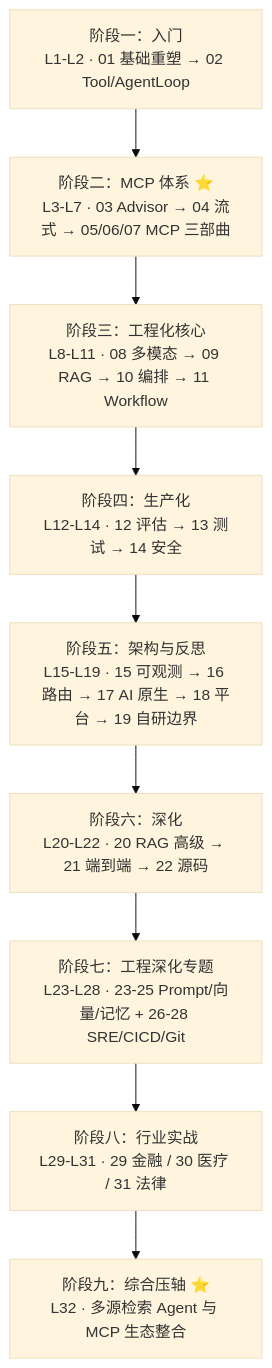
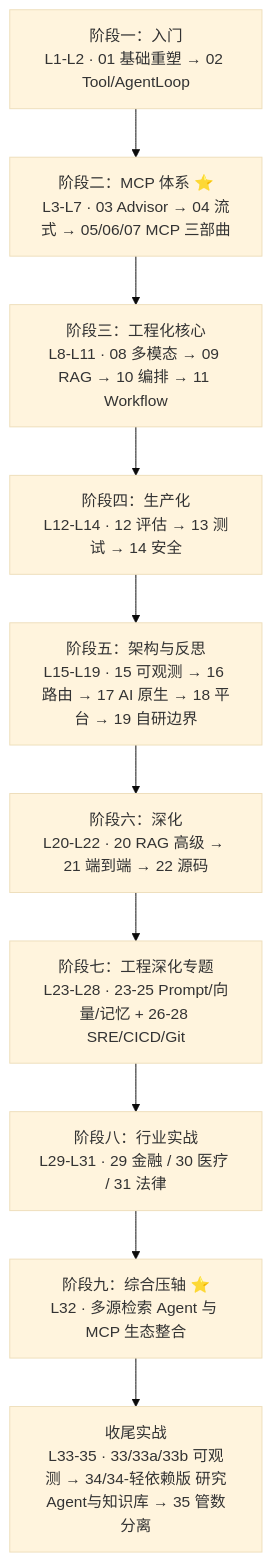
Before and after one commit to UranusGit/java-agent-learn: the first of 5 diagrams in docs/教程/00-目录索引.md, drawn with Mermaid (base theme). The commit also changed other lines of this file and 19 other files, not shown here.

````diff
--- a/docs/教程/00-目录索引.md
+++ b/docs/教程/00-目录索引.md
@@ -35,13 +35,14 @@
 ```mermaid
 flowchart TD
     S1["阶段一：入门<br/>L1-L2 · 01 基础重塑 → 02 Tool/AgentLoop"]
     S2["阶段二：MCP 体系 ⭐<br/>L3-L7 · 03 Advisor → 04 流式 → 05/06/07 MCP 三部曲"]
     S3["阶段三：工程化核心<br/>L8-L11 · 08 多模态 → 09 RAG → 10 编排 → 11 Workflow"]
     S4["阶段四：生产化<br/>L12-L14 · 12 评估 → 13 测试 → 14 安全"]
     S5["阶段五：架构与反思<br/>L15-L19 · 15 可观测 → 16 路由 → 17 AI 原生 → 18 平台 → 19 自研边界"]
     S6["阶段六：深化<br/>L20-L22 · 20 RAG 高级 → 21 端到端 → 22 源码"]
     S7["阶段七：工程深化专题<br/>L23-L28 · 23-25 Prompt/向量/记忆 + 26-28 SRE/CICD/Git"]
     S8["阶段八：行业实战<br/>L29-L31 · 29 金融 / 30 医疗 / 31 法律"]
     S9["阶段九：综合压轴 ⭐<br/>L32 · 多源检索 Agent 与 MCP 生态整合"]
-    S1 --> S2 --> S3 --> S4 --> S5 --> S6 --> S7 --> S8 --> S9
+    T1["收尾实战<br/>L33-35 · 33/33a/33b 可观测 → 34/34-轻依赖版 研究Agent与知识库 → 35 管数分离"]
+    S1 --> S2 --> S3 --> S4 --> S5 --> S6 --> S7 --> S8 --> S9 --> T1
 ```
````
